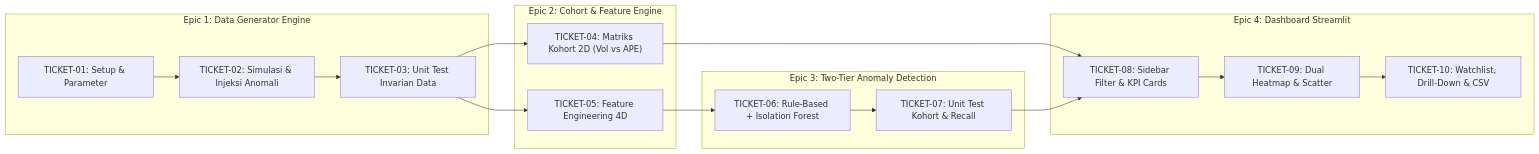
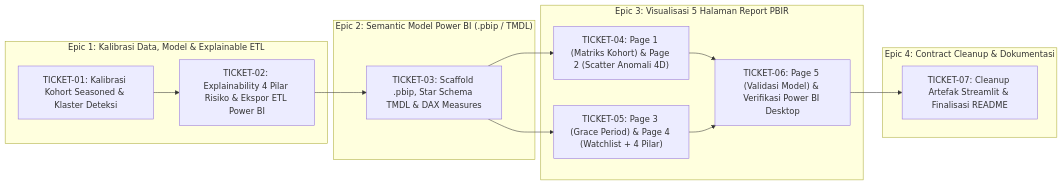
Before and after one commit to brianilham/analisis-kohort-paydi: the diagram in TICKETS.md, drawn with Mermaid. The commit also changed other lines of this file and 1 other file, not shown here.

Commit message:
docs: update SPEC and TICKETS for Power BI migration

````diff
--- a/TICKETS.md
+++ b/TICKETS.md
@@ -5,23 +5,25 @@
 ```mermaid
 flowchart LR
-    subgraph E1["Epic 1: Data Generator Engine"]
-        T1["TICKET-01: Setup & Parameter"] --> T2["TICKET-02: Simulasi & Injeksi Anomali"]
-        T2 --> T3["TICKET-03: Unit Test Invarian Data"]
+    subgraph E1["Epic 1: Kalibrasi Data, Model & Explainable ETL"]
+        T1["TICKET-01: Kalibrasi Kohort Seasoned & Klaster Deteksi"]
+        T2["TICKET-02: Explainability 4 Pilar Risiko & Ekspor ETL Power BI"]
+        T1 --> T2
     end
-    subgraph E2["Epic 2: Cohort & Feature Engine"]
-        T4["TICKET-04: Matriks Kohort 2D (Vol vs APE)"]
-        T5["TICKET-05: Feature Engineering 4D"]
+    subgraph E2["Epic 2: Semantic Model Power BI (.pbip / TMDL)"]
+        T3["TICKET-03: Scaffold .pbip, Star Schema TMDL & DAX Measures"]
     end
-    subgraph E3["Epic 3: Two-Tier Anomaly Detection"]
-        T6["TICKET-06: Rule-Based + Isolation Forest"] --> T7["TICKET-07: Unit Test Kohort & Recall"]
+    subgraph E3["Epic 3: Visualisasi 5 Halaman Report PBIR"]
+        T4["TICKET-04: Page 1 (Matriks Kohort) & Page 2 (Scatter Anomali 4D)"]
+        T5["TICKET-05: Page 3 (Grace Period) & Page 4 (Watchlist + 4 Pilar)"]
+        T6["TICKET-06: Page 5 (Validasi Model) & Verifikasi Power BI Desktop"]
     end
-    subgraph E4["Epic 4: Dashboard Streamlit"]
-        T8["TICKET-08: Sidebar Filter & KPI Cards"] --> T9["TICKET-09: Dual Heatmap & Scatter"]
-        T9 --> T10["TICKET-10: Watchlist, Drill-Down & CSV"]
+    subgraph E4["Epic 4: Contract Cleanup & Dokumentasi"]
+        T7["TICKET-07: Cleanup Artefak Streamlit & Finalisasi README"]
     end
+    T2 --> T3
     T3 --> T4
     T3 --> T5
-    T4 --> T8
+    T4 --> T6
     T5 --> T6
-    T7 --> T8
+    T6 --> T7
 ```
````
